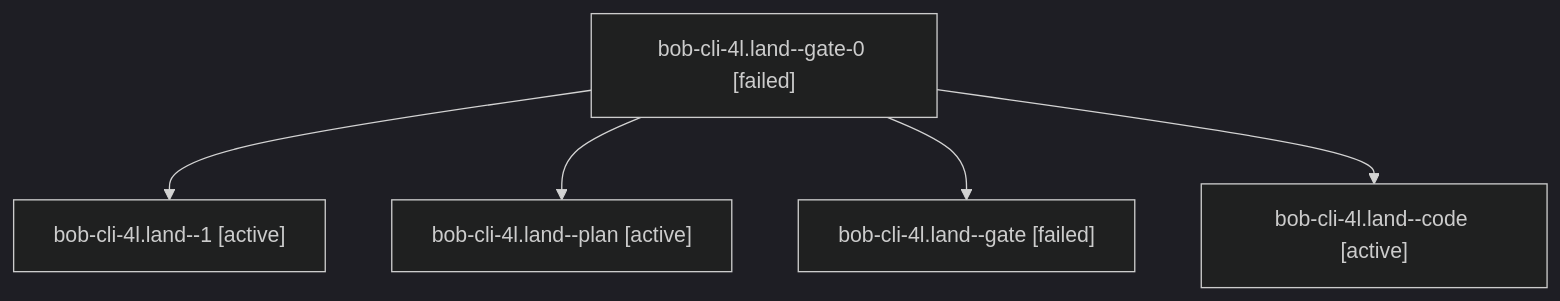
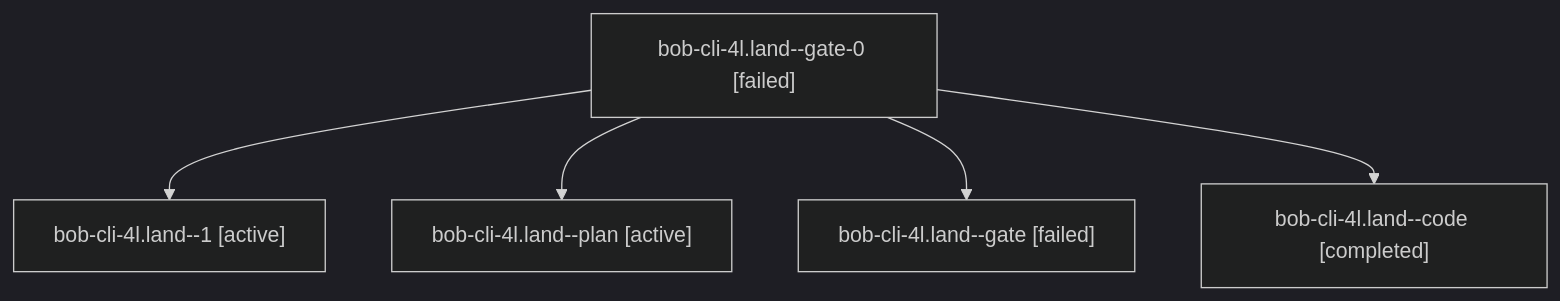
One commit to bobs-org/bob-cli--agents changed the diagram in sessions/bbugyi200.apollo.bob-cli-4l.land.md. Above: the diagram before and after it, drawn with Mermaid (dark theme). The commit also changed other lines of this file and 48 other files, not shown here.

````diff
--- a/sessions/bbugyi200.apollo.bob-cli-4l.land.md
+++ b/sessions/bbugyi200.apollo.bob-cli-4l.land.md
@@ -9,12 +9,12 @@
 ```mermaid
 flowchart TD
   n0["bob-cli-4l.land--gate-0 [failed]"]
   n1["bob-cli-4l.land--1 [active]"]
   n0 --> n1
   n2["bob-cli-4l.land--plan [active]"]
   n0 --> n2
   n3["bob-cli-4l.land--gate [failed]"]
   n0 --> n3
-  n4["bob-cli-4l.land--code [active]"]
+  n4["bob-cli-4l.land--code [completed]"]
   n0 --> n4
 ```
````
